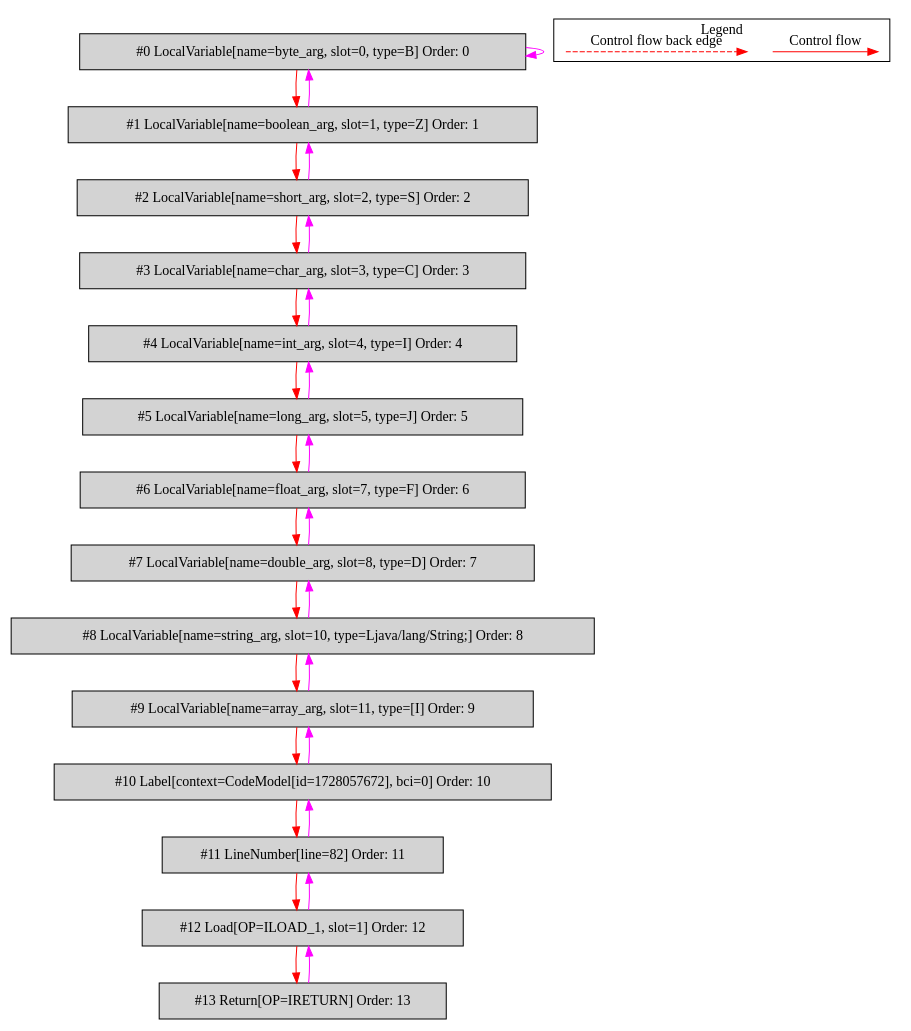
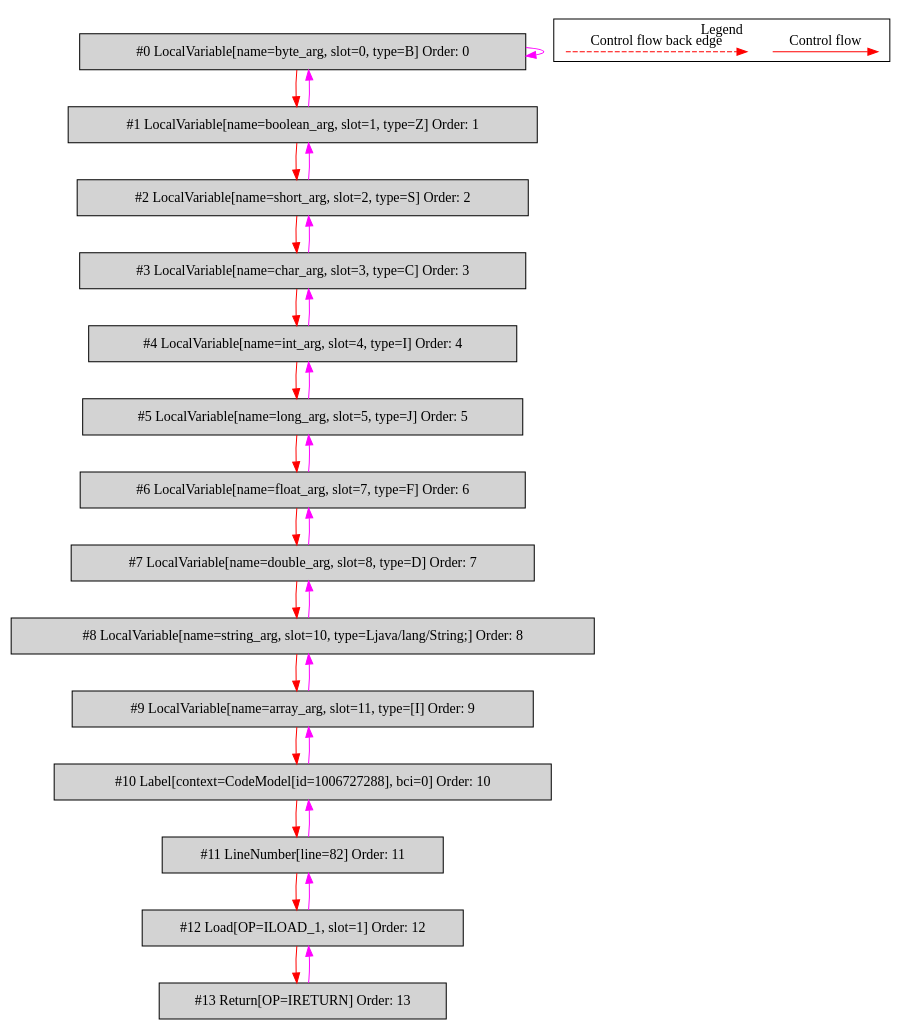
One commit to mirkosertic/MetaIR changed the diagram in de.mirkosertic.metair.ir.examples.MethodInvokeTest/simple_method_return_boolean/bytecodecfg.dot. Above: the diagram before and after it, drawn with Graphviz. The commit also changed 519 other files, not shown here.

```diff
--- a/de.mirkosertic.metair.ir.examples.MethodInvokeTest/simple_method_return_boolean/bytecodecfg.dot
+++ b/de.mirkosertic.metair.ir.examples.MethodInvokeTest/simple_method_return_boolean/bytecodecfg.dot
@@ -1,58 +1,58 @@
 digraph {
  ordering="in";
  node0[label="#0 LocalVariable[name=byte_arg, slot=0, type=B] Order: 0", shape=box, fillcolor=lightgrey, style=filled];
  node1[label="#1 LocalVariable[name=boolean_arg, slot=1, type=Z] Order: 1", shape=box, fillcolor=lightgrey, style=filled];
  node2[label="#2 LocalVariable[name=short_arg, slot=2, type=S] Order: 2", shape=box, fillcolor=lightgrey, style=filled];
  node3[label="#3 LocalVariable[name=char_arg, slot=3, type=C] Order: 3", shape=box, fillcolor=lightgrey, style=filled];
  node4[label="#4 LocalVariable[name=int_arg, slot=4, type=I] Order: 4", shape=box, fillcolor=lightgrey, style=filled];
  node5[label="#5 LocalVariable[name=long_arg, slot=5, type=J] Order: 5", shape=box, fillcolor=lightgrey, style=filled];
  node6[label="#6 LocalVariable[name=float_arg, slot=7, type=F] Order: 6", shape=box, fillcolor=lightgrey, style=filled];
  node7[label="#7 LocalVariable[name=double_arg, slot=8, type=D] Order: 7", shape=box, fillcolor=lightgrey, style=filled];
  node8[label="#8 LocalVariable[name=string_arg, slot=10, type=Ljava/lang/String;] Order: 8", shape=box, fillcolor=lightgrey, style=filled];
  node9[label="#9 LocalVariable[name=array_arg, slot=11, type=[I] Order: 9", shape=box, fillcolor=lightgrey, style=filled];
- node10[label="#10 Label[context=CodeModel[id=1728057672], bci=0] Order: 10", shape=box, fillcolor=lightgrey, style=filled];
+ node10[label="#10 Label[context=CodeModel[id=1006727288], bci=0] Order: 10", shape=box, fillcolor=lightgrey, style=filled];
  node11[label="#11 LineNumber[line=82] Order: 11", shape=box, fillcolor=lightgrey, style=filled];
  node12[label="#12 Load[OP=ILOAD_1, slot=1] Order: 12", shape=box, fillcolor=lightgrey, style=filled];
  node13[label="#13 Return[OP=IRETURN] Order: 13", shape=box, fillcolor=lightgrey, style=filled];
  node0 -> node0[color=fuchsia];
  node0 -> node1[color=red];
  node1 -> node0[color=fuchsia];
  node1 -> node2[color=red];
  node2 -> node1[color=fuchsia];
  node2 -> node3[color=red];
  node3 -> node2[color=fuchsia];
  node3 -> node4[color=red];
  node4 -> node3[color=fuchsia];
  node4 -> node5[color=red];
  node5 -> node4[color=fuchsia];
  node5 -> node6[color=red];
  node6 -> node5[color=fuchsia];
  node6 -> node7[color=red];
  node7 -> node6[color=fuchsia];
  node7 -> node8[color=red];
  node8 -> node7[color=fuchsia];
  node8 -> node9[color=red];
  node9 -> node8[color=fuchsia];
  node9 -> node10[color=red];
  node10 -> node9[color=fuchsia];
  node10 -> node11[color=red];
  node11 -> node10[color=fuchsia];
  node11 -> node12[color=red];
  node12 -> node11[color=fuchsia];
  node12 -> node13[color=red];
  node13 -> node12[color=fuchsia];
  subgraph cluster_000 {
   label = "Legend";
   node [shape=point]
   {
    rank=same;
    c0 [style = invis];
    c1 [style = invis];
    c2 [style = invis];
    c3 [style = invis];
   }
   c0 -> c1 [label="Control flow", style=solid, color=red]
   c2 -> c3 [label="Control flow back edge", style=dashed, color=red]
  }
 
 }
```
